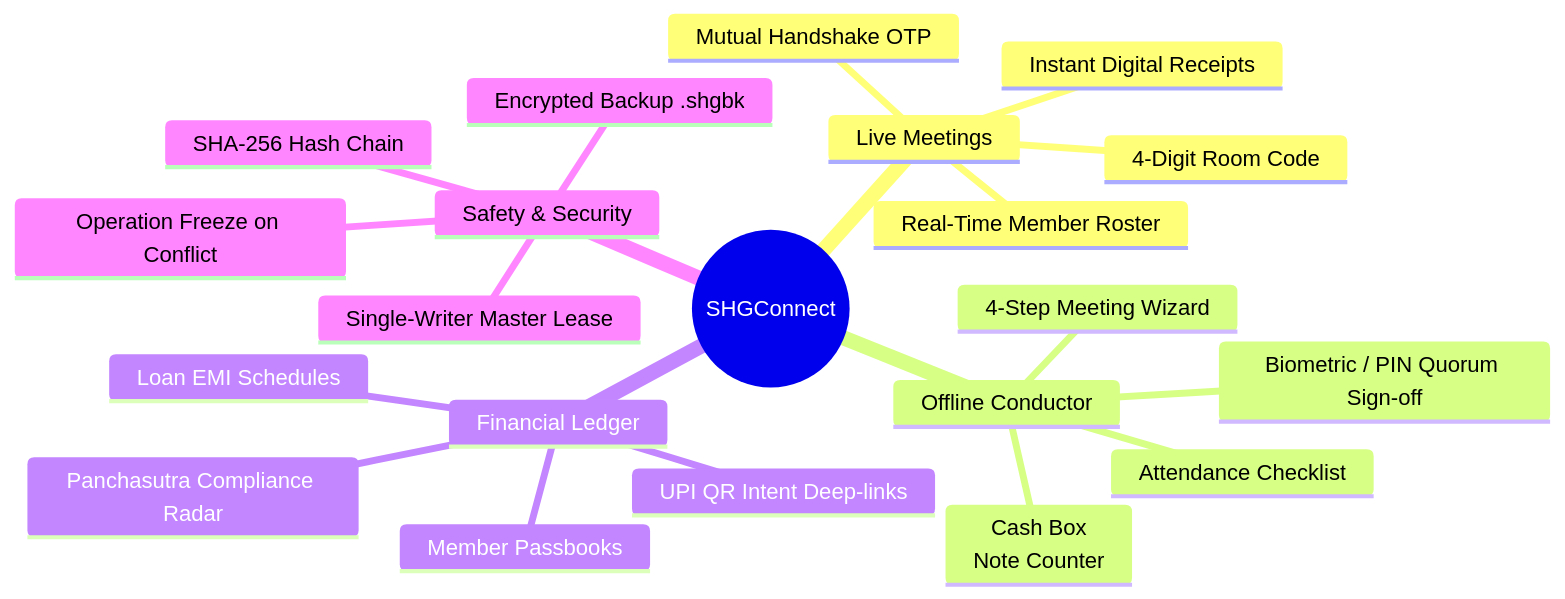
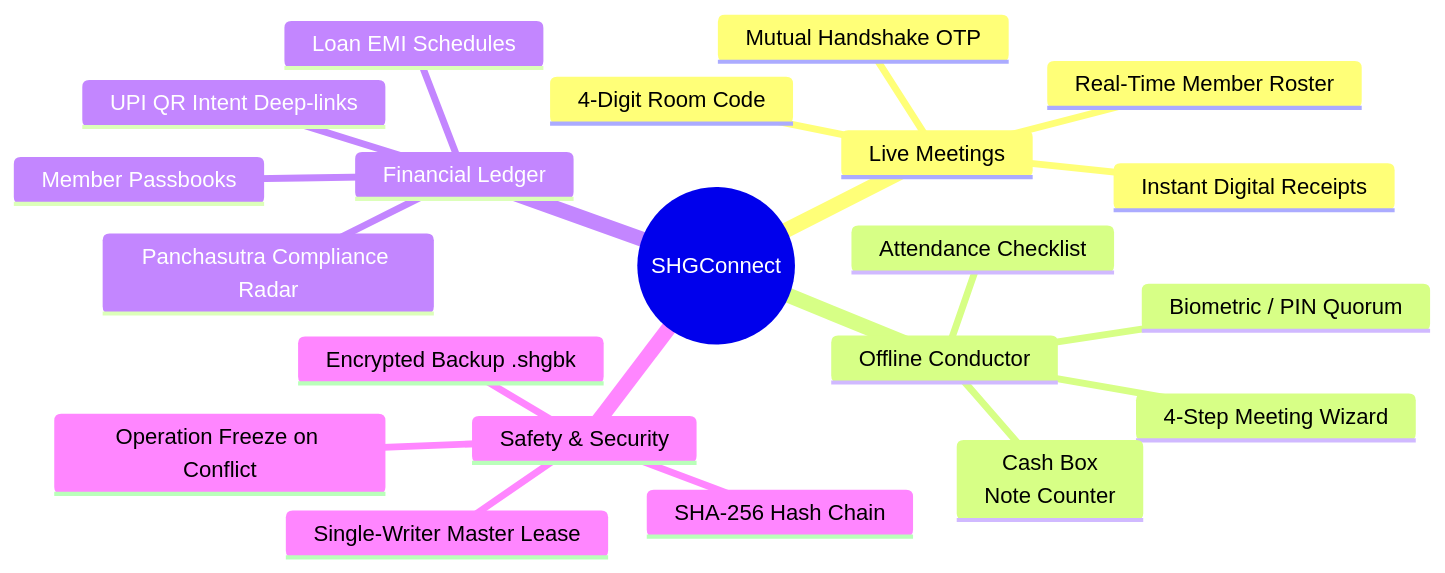
The third of 4 diagrams in README.md (AayushRahate07/shg-connect), drawn with Mermaid before and after one commit. The commit also changed other lines of this file, not shown here.

````diff
--- a/README.md
+++ b/README.md
@@ -106,24 +130,24 @@
 ```mermaid
 mindmap
   root((SHGConnect))
     Live Meetings
       4-Digit Room Code
       Real-Time Member Roster
       Mutual Handshake OTP
       Instant Digital Receipts
     Offline Conductor
       4-Step Meeting Wizard
       Attendance Checklist
       Cash Box<br/>Note Counter
-      Biometric / PIN Quorum Sign-off
+      Biometric / PIN Quorum
     Financial Ledger
       Member Passbooks
       Loan EMI Schedules
       Panchasutra Compliance Radar
       UPI QR Intent Deep-links
     Safety & Security
       SHA-256 Hash Chain
       Single-Writer Master Lease
       Encrypted Backup .shgbk
       Operation Freeze on Conflict
 ```
````
